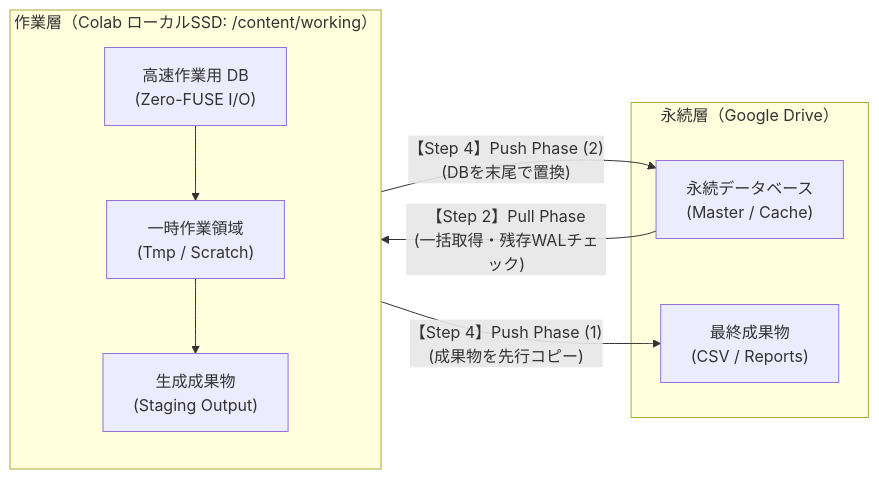
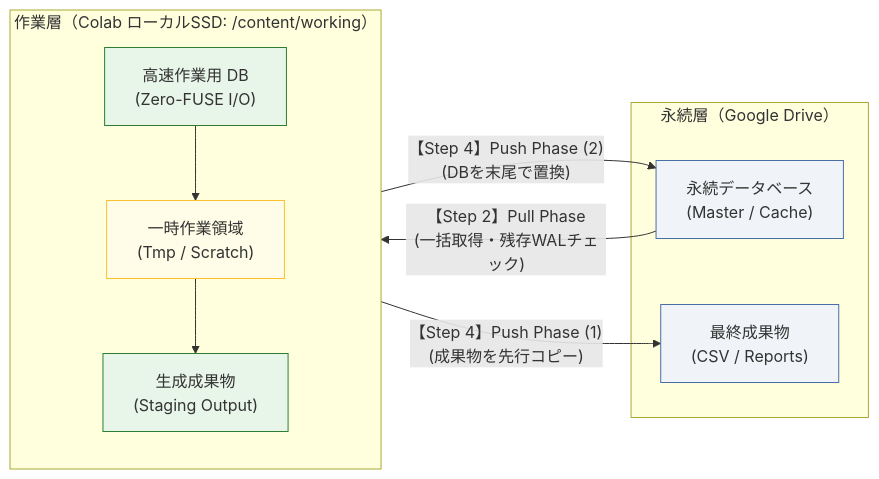
One commit to akkyey/stock-analyzer-core changed the diagram in docs/articles/qiita_part6_colab_ephemeral_storage_architecture.md. Above: the diagram before and after it, drawn with Mermaid. The commit also changed other lines of this file, not shown here.

````diff
--- a/docs/articles/qiita_part6_colab_ephemeral_storage_architecture.md
+++ b/docs/articles/qiita_part6_colab_ephemeral_storage_architecture.md
@@ -119,19 +120,25 @@
 ```mermaid
 flowchart LR
     subgraph Persistent["永続層（Google Drive）"]
         DriveDB["永続データベース<br/>(Master / Cache)"]
         DriveOut["最終成果物<br/>(CSV / Reports)"]
     end
 
     subgraph Ephemeral["作業層（Colab ローカルSSD: /content/working）"]
         direction TB
         LocalDB["高速作業用 DB<br/>(Zero-FUSE I/O)"]
         LocalWork["一時作業領域<br/>(Tmp / Scratch)"]
         LocalOut["生成成果物<br/>(Staging Output)"]
     end
 
     DriveDB -- "【Step 2】Pull Phase<br/>(一括取得・残存WALチェック)" --> LocalDB
     LocalDB --> LocalWork --> LocalOut
     LocalOut -- "【Step 4】Push Phase (1)<br/>(成果物を先行コピー)" --> DriveOut
     LocalDB -- "【Step 4】Push Phase (2)<br/>(DBを末尾で置換)" --> DriveDB
+
+    style DriveDB fill:#f0f4f8,stroke:#4a6fa5,stroke-width:1px,color:#333
+    style DriveOut fill:#f0f4f8,stroke:#4a6fa5,stroke-width:1px,color:#333
+    style LocalDB fill:#e8f5e9,stroke:#2e7d32,stroke-width:1px,color:#333
+    style LocalWork fill:#fffde7,stroke:#fbc02d,stroke-width:1px,color:#333
+    style LocalOut fill:#e8f5e9,stroke:#2e7d32,stroke-width:1px,color:#333
 ```
````
